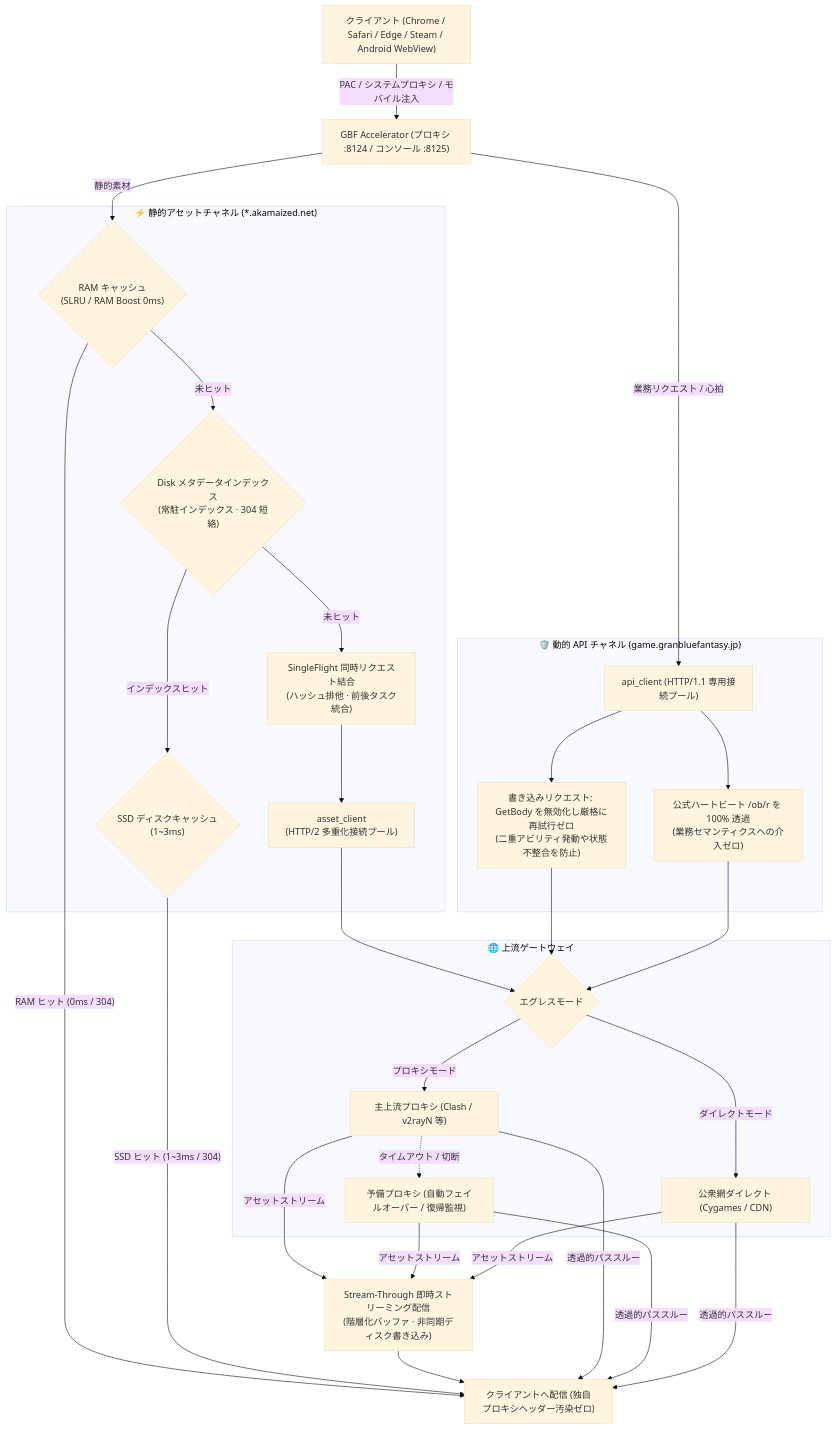
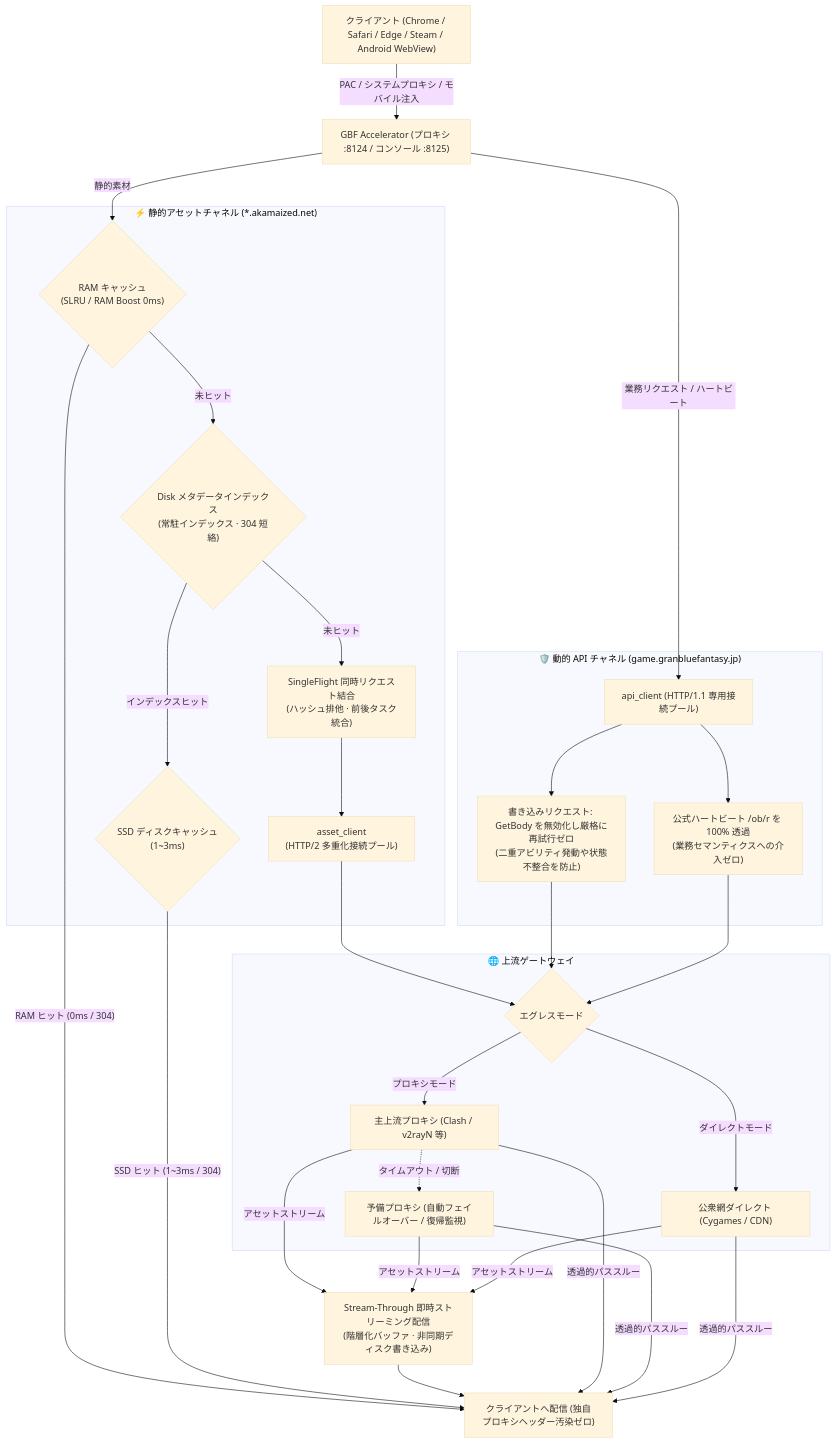
One commit to Sagisawa/GBF-Accelerator changed the diagram in README.ja.md. Above: the diagram before and after it, drawn with Mermaid (base theme). The commit also changed other lines of this file and 8 other files, not shown here.

````diff
--- a/README.ja.md
+++ b/README.ja.md
@@ -56,59 +56,59 @@
 ```mermaid
 flowchart TD
     Client["クライアント (Chrome / Safari / Edge / Steam / Android WebView)"]
     Proxy["GBF Accelerator (プロキシ :8124 / コンソール :8125)"]
 
     Client -->|"PAC / システムプロキシ / モバイル注入"| Proxy
 
     subgraph AssetChannel ["⚡ 静的アセットチャネル (*.akamaized.net)"]
         RAMCheck{"RAM キャッシュ<br/>(SLRU / RAM Boost 0ms)"}
         DiskMeta{"Disk メタデータインデックス<br/>(常駐インデックス · 304 短絡)"}
         DiskCheck{"SSD ディスクキャッシュ<br/>(1~3ms)"}
         SingleFlight["SingleFlight 同時リクエスト結合<br/>(ハッシュ排他 · 前後タスク統合)"]
         AssetClient["asset_client<br/>(HTTP/2 多重化接続プール)"]
 
         RAMCheck -->|"未ヒット"| DiskMeta
         DiskMeta -->|"インデックスヒット"| DiskCheck
         DiskMeta -->|"未ヒット"| SingleFlight
         SingleFlight --> AssetClient
     end
 
     subgraph APIChannel ["🛡️ 動的 API チャネル (game.granbluefantasy.jp)"]
         APIClient["api_client (HTTP/1.1 専用接続プール)"]
         ZeroRetry["書き込みリクエスト: GetBody を無効化し厳格に再試行ゼロ<br/>(二重アビリティ発動や状態不整合を防止)"]
         Heartbeat["公式ハートビート /ob/r を 100% 透過<br/>(業務セマンティクスへの介入ゼロ)"]
 
         APIClient --> ZeroRetry
         APIClient --> Heartbeat
     end
 
     subgraph UpstreamGateway ["🌐 上流ゲートウェイ"]
         UpstreamMode{"エグレスモード"}
         UpstreamProxy["主上流プロキシ (Clash / v2rayN 等)"]
         FailoverProxy["予備プロキシ (自動フェイルオーバー / 復帰監視)"]
         DirectNet["公衆網ダイレクト (Cygames / CDN)"]
 
         UpstreamMode -->|"プロキシモード"| UpstreamProxy
         UpstreamProxy -.->|"タイムアウト / 切断"| FailoverProxy
         UpstreamMode -->|"ダイレクトモード"| DirectNet
     end
 
     Proxy -->|"静的素材"| RAMCheck
-    Proxy -->|"業務リクエスト / 心拍"| APIClient
+    Proxy -->|"業務リクエスト / ハートビート"| APIClient
 
     AssetClient --> UpstreamMode
     ZeroRetry --> UpstreamMode
     Heartbeat --> UpstreamMode
 
     UpstreamProxy -->|"アセットストリーム"| StreamThrough["Stream-Through 即時ストリーミング配信<br/>(階層化バッファ · 非同期ディスク書き込み)"]
     FailoverProxy -->|"アセットストリーム"| StreamThrough
     DirectNet -->|"アセットストリーム"| StreamThrough
 
     RAMCheck -->|"RAM ヒット (0ms / 304)"| Deliver["クライアントへ配信 (独自プロキシヘッダー汚染ゼロ)"]
     DiskCheck -->|"SSD ヒット (1~3ms / 304)"| Deliver
     StreamThrough --> Deliver
 
     UpstreamProxy -->|"透過的パススルー"| Deliver
     FailoverProxy -->|"透過的パススルー"| Deliver
     DirectNet -->|"透過的パススルー"| Deliver
 ```
````
